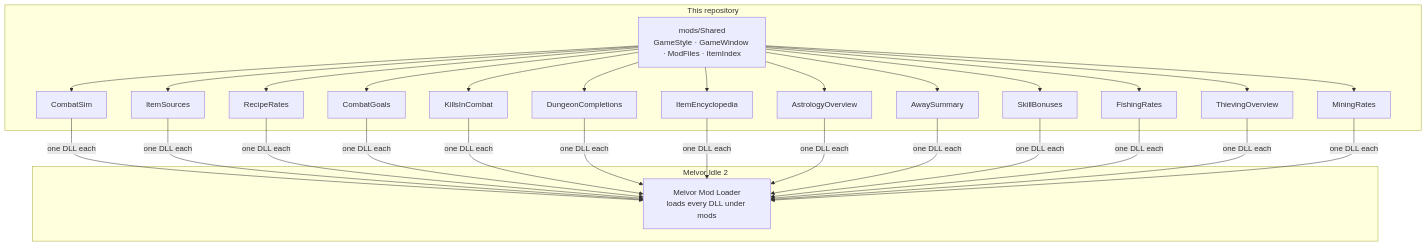
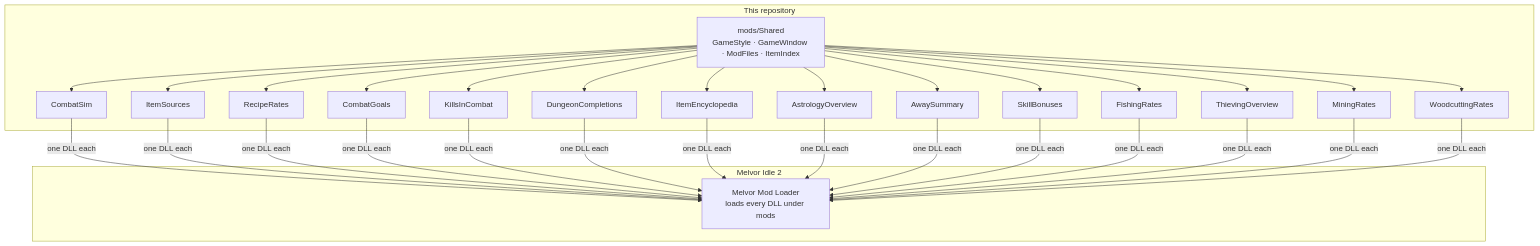
One commit to Springs-Tea/melvor-idle-2-qol-mods changed the diagram in README.md. Above: the diagram before and after it, drawn with Mermaid. The commit also changed other lines of this file and 28 other files, not shown here.

Commit message:
Woodcutting Rates: what every tree gives per hour (#71) (#75)

````diff
--- a/README.md
+++ b/README.md
@@ -236,24 +245,25 @@
 ```mermaid
 flowchart TB
     subgraph game["Melvor Idle 2"]
         L["Melvor Mod Loader<br/>loads every DLL under mods"]
     end
     subgraph repo["This repository"]
         S["mods/Shared<br/>GameStyle · GameWindow · ModFiles · ItemIndex"]
         M1["CombatSim"]
         M2["ItemSources"]
         M3["RecipeRates"]
         M4["CombatGoals"]
         M5["KillsInCombat"]
         M6["DungeonCompletions"]
         M7["ItemEncyclopedia"]
         M8["AstrologyOverview"]
         M9["AwaySummary"]
         M10["SkillBonuses"]
         M11["FishingRates"]
         M12["ThievingOverview"]
         M13["MiningRates"]
+        M14["WoodcuttingRates"]
     end
-    S --> M1 & M2 & M3 & M4 & M5 & M6 & M7 & M8 & M9 & M10 & M11 & M12 & M13
-    M1 & M2 & M3 & M4 & M5 & M6 & M7 & M8 & M9 & M10 & M11 & M12 & M13 -->|"one DLL each"| L
+    S --> M1 & M2 & M3 & M4 & M5 & M6 & M7 & M8 & M9 & M10 & M11 & M12 & M13 & M14
+    M1 & M2 & M3 & M4 & M5 & M6 & M7 & M8 & M9 & M10 & M11 & M12 & M13 & M14 -->|"one DLL each"| L
 ```
````
